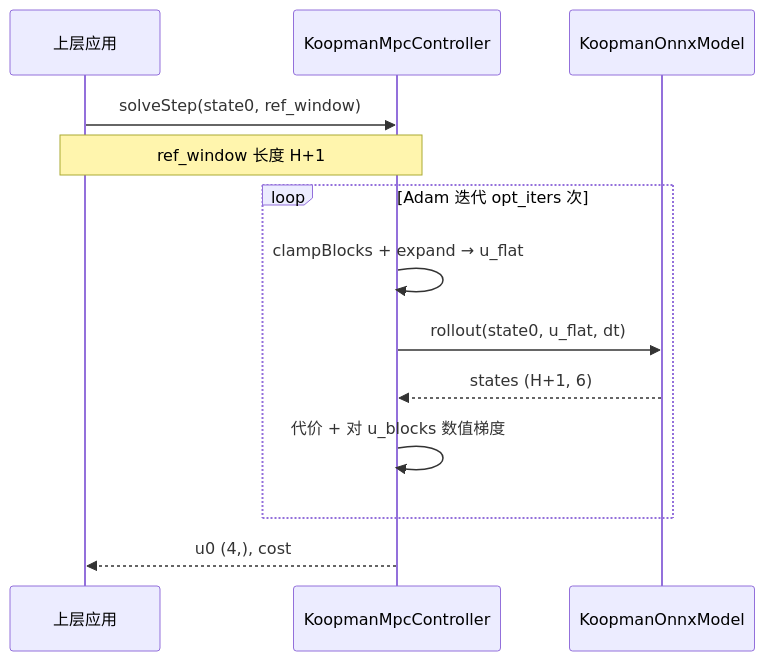
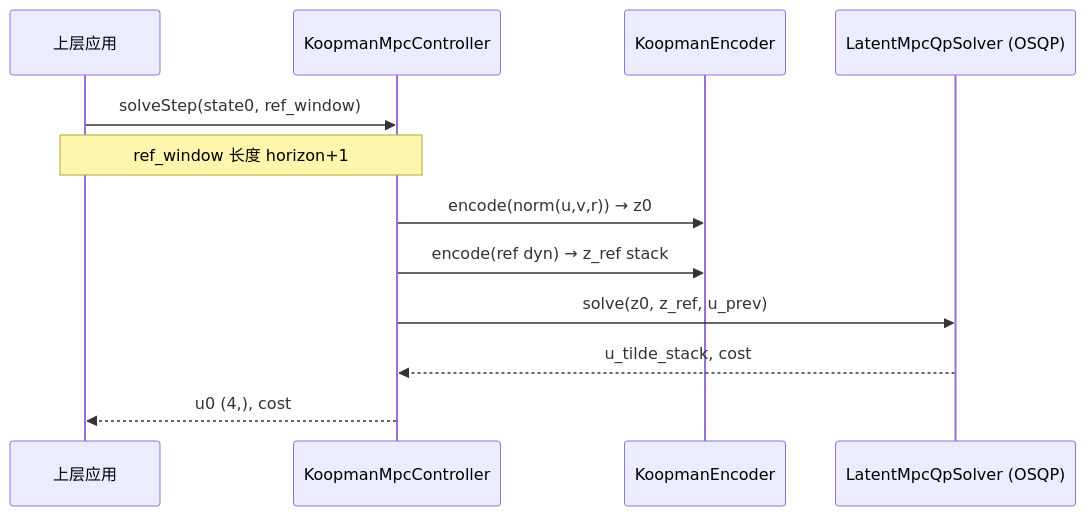
The fifth of 9 diagrams in cpp/koopman_control/模型输入输出接口说明.md (jimaka/koopman_control), drawn with Mermaid before and after one commit. The commit also changed other lines of this file and 7 other files, not shown here.

First line of the commit message:
docs: align project docs with OSQP-only MPC architecture

````diff
--- a/cpp/koopman_control/模型输入输出接口说明.md
+++ b/cpp/koopman_control/模型输入输出接口说明.md
@@ -197,18 +203,16 @@
 ```mermaid
 sequenceDiagram
     participant App as 上层应用
     participant MPC as KoopmanMpcController
-    participant ONNX as KoopmanOnnxModel
+    participant Enc as KoopmanEncoder
+    participant QP as LatentMpcQpSolver (OSQP)
 
     App->>MPC: solveStep(state0, ref_window)
-    Note over App,MPC: ref_window 长度 H+1
+    Note over App,MPC: ref_window 长度 horizon+1
 
-    loop Adam 迭代 opt_iters 次
-        MPC->>MPC: clampBlocks + expand → u_flat
-        MPC->>ONNX: rollout(state0, u_flat, dt)
-        ONNX-->>MPC: states (H+1, 6)
-        MPC->>MPC: 代价 + 对 u_blocks 数值梯度
-    end
-
+    MPC->>Enc: encode(norm(u,v,r)) → z0
+    MPC->>Enc: encode(ref dyn) → z_ref stack
+    MPC->>QP: solve(z0, z_ref, u_prev)
+    QP-->>MPC: u_tilde_stack, cost
     MPC-->>App: u0 (4,), cost
 ```
````
